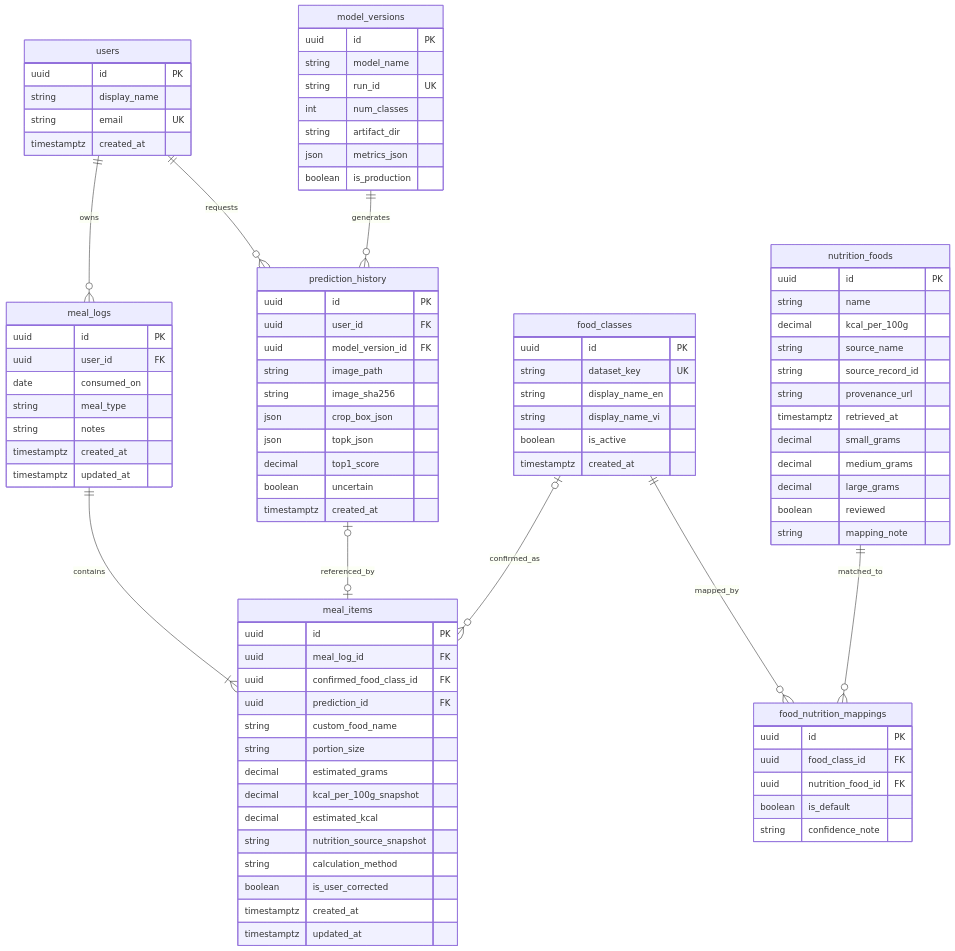
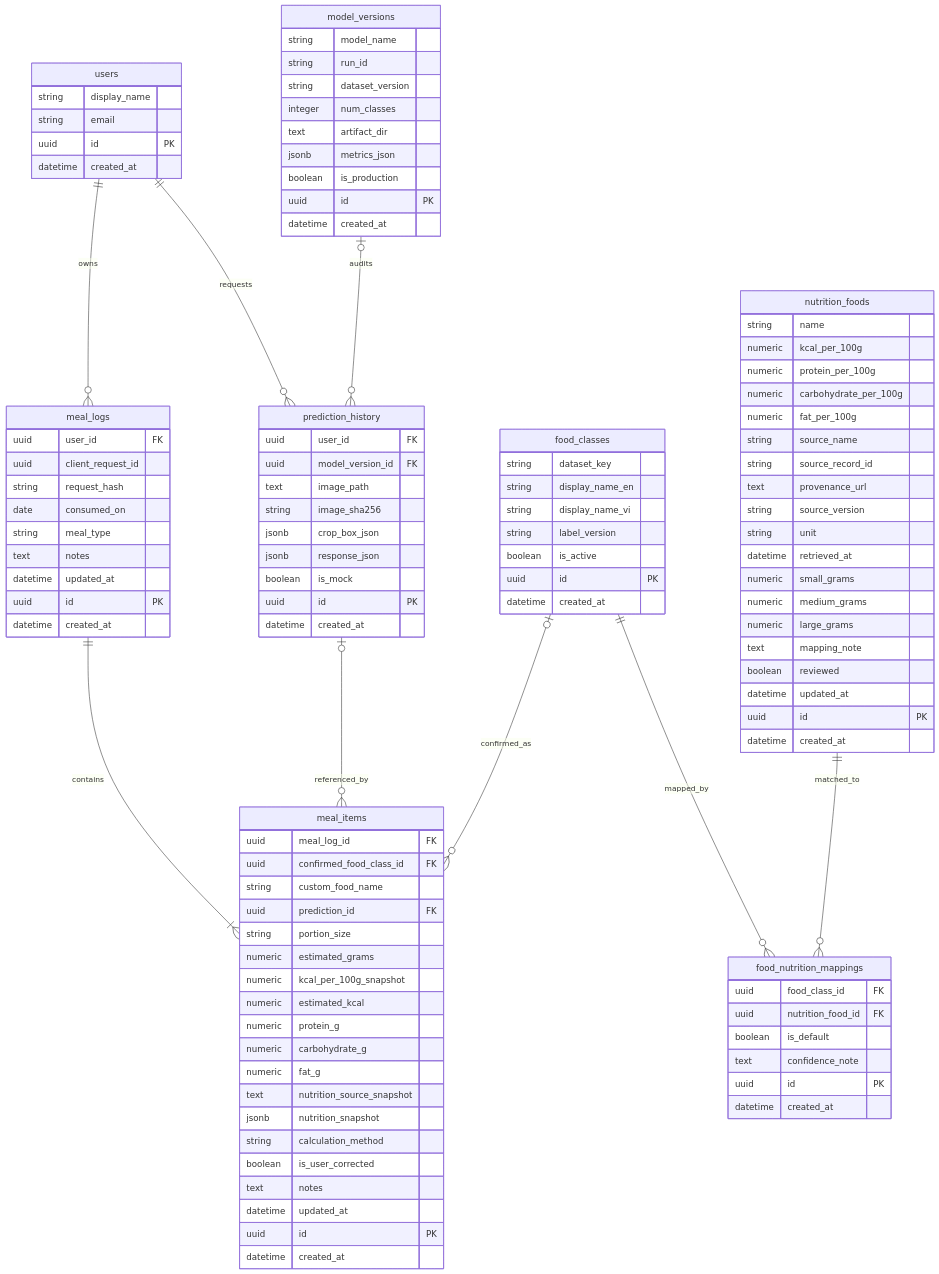
The diagram in diagrams/07-erd-postgresql.mmd (23001853-wq/food-recognition-dietary-assistant), drawn with Mermaid before and after one commit. The commit also changed 249 other files, not shown here.

```diff
--- a/diagrams/07-erd-postgresql.mmd
+++ b/diagrams/07-erd-postgresql.mmd
@@ -1,92 +1,107 @@
-%% Planned design copied from PLAN.md section 23; not implementation evidence.
 erDiagram
     users ||--o{ meal_logs : owns
     users ||--o{ prediction_history : requests
-    model_versions ||--o{ prediction_history : generates
+    model_versions o|--o{ prediction_history : audits
     meal_logs ||--|{ meal_items : contains
-    prediction_history o|--o| meal_items : referenced_by
+    prediction_history o|--o{ meal_items : referenced_by
     food_classes o|--o{ meal_items : confirmed_as
     food_classes ||--o{ food_nutrition_mappings : mapped_by
     nutrition_foods ||--o{ food_nutrition_mappings : matched_to
-
-    users {
-        uuid id PK
-        string display_name
-        string email UK
-        timestamptz created_at
-    }
     food_classes {
-        uuid id PK
-        string dataset_key UK
+        string dataset_key
         string display_name_en
         string display_name_vi
+        string label_version
         boolean is_active
-        timestamptz created_at
+        uuid id PK
+        datetime created_at
+    }
+    model_versions {
+        string model_name
+        string run_id
+        string dataset_version
+        integer num_classes
+        text artifact_dir
+        jsonb metrics_json
+        boolean is_production
+        uuid id PK
+        datetime created_at
     }
     nutrition_foods {
-        uuid id PK
         string name
-        decimal kcal_per_100g
+        numeric kcal_per_100g
+        numeric protein_per_100g
+        numeric carbohydrate_per_100g
+        numeric fat_per_100g
         string source_name
         string source_record_id
-        string provenance_url
-        timestamptz retrieved_at
-        decimal small_grams
-        decimal medium_grams
-        decimal large_grams
+        text provenance_url
+        string source_version
+        string unit
+        datetime retrieved_at
+        numeric small_grams
+        numeric medium_grams
+        numeric large_grams
+        text mapping_note
         boolean reviewed
-        string mapping_note
+        datetime updated_at
+        uuid id PK
+        datetime created_at
+    }
+    users {
+        string display_name
+        string email
+        uuid id PK
+        datetime created_at
     }
     food_nutrition_mappings {
-        uuid id PK
         uuid food_class_id FK
         uuid nutrition_food_id FK
         boolean is_default
-        string confidence_note
+        text confidence_note
+        uuid id PK
+        datetime created_at
     }
-    model_versions {
+    meal_logs {
+        uuid user_id FK
+        uuid client_request_id
+        string request_hash
+        date consumed_on
+        string meal_type
+        text notes
+        datetime updated_at
         uuid id PK
-        string model_name
-        string run_id UK
-        int num_classes
-        string artifact_dir
-        json metrics_json
-        boolean is_production
+        datetime created_at
     }
     prediction_history {
-        uuid id PK
         uuid user_id FK
         uuid model_version_id FK
-        string image_path
+        text image_path
         string image_sha256
-        json crop_box_json
-        json topk_json
-        decimal top1_score
-        boolean uncertain
-        timestamptz created_at
-    }
-    meal_logs {
+        jsonb crop_box_json
+        jsonb response_json
+        boolean is_mock
         uuid id PK
-        uuid user_id FK
-        date consumed_on
-        string meal_type
-        string notes
-        timestamptz created_at
-        timestamptz updated_at
+        datetime created_at
     }
     meal_items {
-        uuid id PK
         uuid meal_log_id FK
         uuid confirmed_food_class_id FK
+        string custom_food_name
         uuid prediction_id FK
-        string custom_food_name
         string portion_size
-        decimal estimated_grams
-        decimal kcal_per_100g_snapshot
-        decimal estimated_kcal
-        string nutrition_source_snapshot
+        numeric estimated_grams
+        numeric kcal_per_100g_snapshot
+        numeric estimated_kcal
+        numeric protein_g
+        numeric carbohydrate_g
+        numeric fat_g
+        text nutrition_source_snapshot
+        jsonb nutrition_snapshot
         string calculation_method
         boolean is_user_corrected
-        timestamptz created_at
-        timestamptz updated_at
+        text notes
+        datetime updated_at
+        uuid id PK
+        datetime created_at
     }
```
